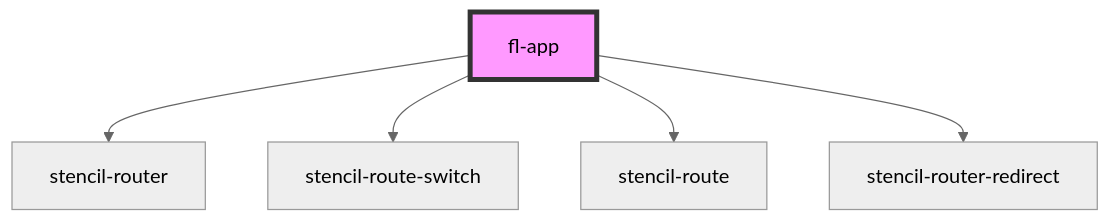
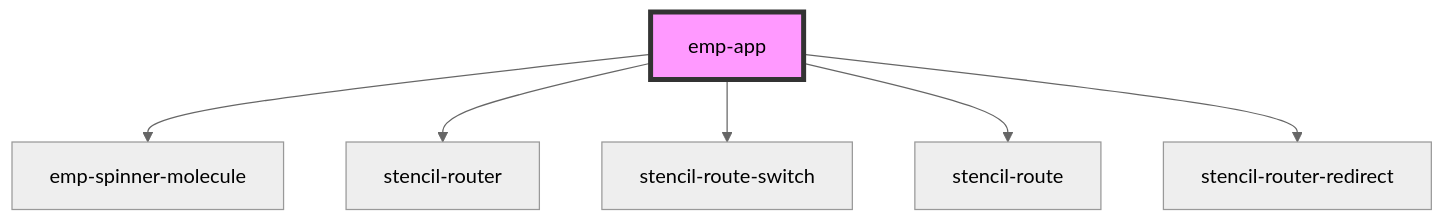
Before and after one commit to Flowrome/empatica: the diagram in empatica-frontend/src/components/app/readme.md, drawn with Mermaid (neutral theme). The commit also changed other lines of this file and 20 other files, not shown here.

````diff
--- a/empatica-frontend/src/components/app/readme.md
+++ b/empatica-frontend/src/components/app/readme.md
@@ -18,8 +19,9 @@
 ```mermaid
 graph TD;
-  fl-app --> stencil-router
-  fl-app --> stencil-route-switch
-  fl-app --> stencil-route
-  fl-app --> stencil-router-redirect
-  style fl-app fill:#f9f,stroke:#333,stroke-width:4px
+  emp-app --> emp-spinner-molecule
+  emp-app --> stencil-router
+  emp-app --> stencil-route-switch
+  emp-app --> stencil-route
+  emp-app --> stencil-router-redirect
+  style emp-app fill:#f9f,stroke:#333,stroke-width:4px
 ```
````
